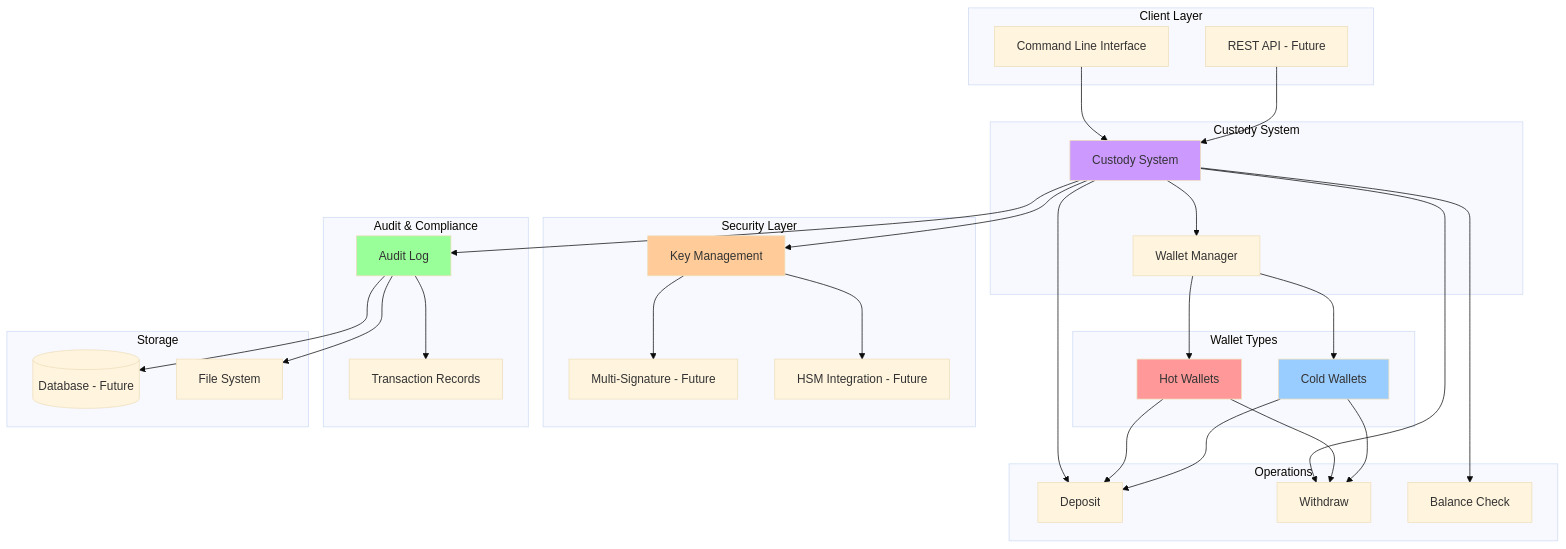
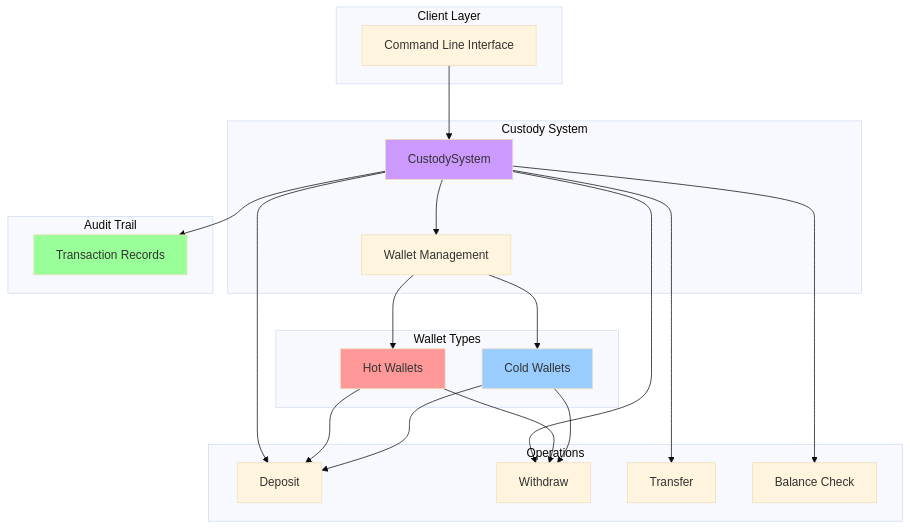
Before and after one commit to galafis/securevault: the diagram in docs/architecture.mmd, drawn with Mermaid (base theme). The commit also changed 6 other files, not shown here.

```diff
--- a/docs/architecture.mmd
+++ b/docs/architecture.mmd
@@ -1,63 +1,43 @@
 graph TB
     subgraph "Client Layer"
         CLI[Command Line Interface]
-        API[REST API - Future]
     end
     
     subgraph "Custody System"
-        CS[Custody System]
-        WM[Wallet Manager]
-        CS --> WM
+        CS[CustodySystem]
+        CS --> WM[Wallet Management]
     end
     
     subgraph "Wallet Types"
         HW[Hot Wallets]
         CW[Cold Wallets]
         WM --> HW
         WM --> CW
     end
     
     subgraph "Operations"
         DEP[Deposit]
         WITH[Withdraw]
+        TXF[Transfer]
         BAL[Balance Check]
     end
     
-    subgraph "Security Layer"
-        KM[Key Management]
-        MS[Multi-Signature - Future]
-        HSM[HSM Integration - Future]
-        KM --> MS
-        KM --> HSM
-    end
-    
-    subgraph "Audit & Compliance"
-        AL[Audit Log]
+    subgraph "Audit Trail"
         TR[Transaction Records]
-        AL --> TR
-    end
-    
-    subgraph "Storage"
-        DB[(Database - Future)]
-        FS[File System]
     end
     
     CLI --> CS
-    API --> CS
     CS --> DEP
     CS --> WITH
+    CS --> TXF
     CS --> BAL
     HW --> DEP
     HW --> WITH
     CW --> DEP
     CW --> WITH
-    CS --> KM
-    CS --> AL
-    AL --> FS
-    AL --> DB
+    CS --> TR
     
     style HW fill:#ff9999
     style CW fill:#99ccff
-    style KM fill:#ffcc99
-    style AL fill:#99ff99
+    style TR fill:#99ff99
     style CS fill:#cc99ff
```
